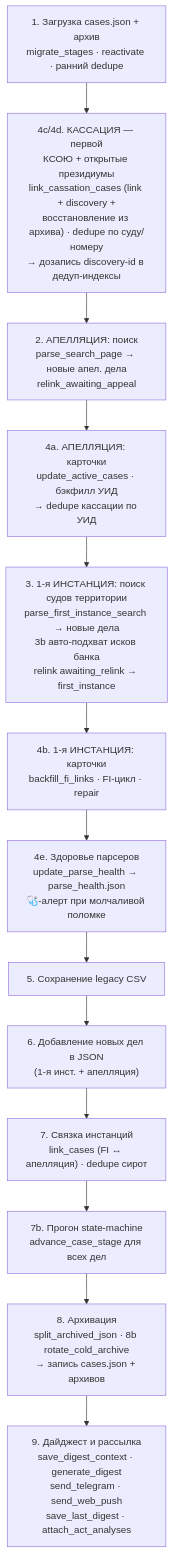
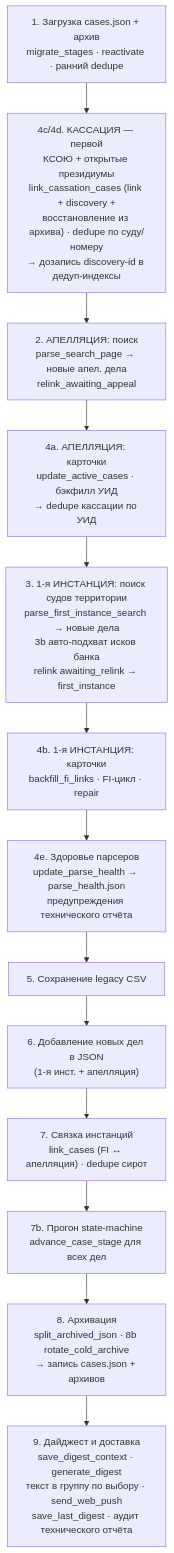
The diagram in docs/technical/05-конвейер-обновления.md (SelivanovAS/dashboard), drawn with Mermaid before and after one commit. The commit also changed other lines of this file and 33 other files, not shown here.

````diff
--- a/docs/technical/05-конвейер-обновления.md
+++ b/docs/technical/05-конвейер-обновления.md
@@ -135,16 +135,16 @@
 ```mermaid
 flowchart TD
     A["1. Загрузка cases.json + архив<br/>migrate_stages · reactivate · ранний dedupe"] --> E
     E["4c/4d. КАССАЦИЯ — первой<br/>КСОЮ + открытые президиумы<br/>link_cassation_cases (link + discovery +<br/>восстановление из архива) · dedupe по суду/номеру<br/>→ дозапись discovery-id в дедуп-индексы"] --> B
     B["2. АПЕЛЛЯЦИЯ: поиск<br/>parse_search_page → новые апел. дела<br/>relink_awaiting_appeal"] --> D
     D["4a. АПЕЛЛЯЦИЯ: карточки<br/>update_active_cases · бэкфилл УИД<br/>→ dedupe кассации по УИД"] --> C
     C["3. 1-я ИНСТАНЦИЯ: поиск судов территории<br/>parse_first_instance_search → новые дела<br/>3b авто-подхват исков банка<br/>relink awaiting_relink → first_instance"] --> D2
     D2["4b. 1-я ИНСТАНЦИЯ: карточки<br/>backfill_fi_links · FI-цикл · repair"] --> E2
-    E2["4e. Здоровье парсеров<br/>update_parse_health → parse_health.json<br/>🩺-алерт при молчаливой поломке"] --> F
+    E2["4e. Здоровье парсеров<br/>update_parse_health → parse_health.json<br/>предупреждения технического отчёта"] --> F
     F["5. Сохранение legacy CSV"] --> G
     G["6. Добавление новых дел в JSON<br/>(1-я инст. + апелляция)"] --> H
     H["7. Связка инстанций<br/>link_cases (FI ↔ апелляция) · dedupe сирот"] --> I
     I["7b. Прогон state-machine<br/>advance_case_stage для всех дел"] --> J
     J["8. Архивация<br/>split_archived_json · 8b rotate_cold_archive<br/>→ запись cases.json + архивов"] --> K
-    K["9. Дайджест и рассылка<br/>save_digest_context · generate_digest<br/>send_telegram · send_web_push<br/>save_last_digest · attach_act_analyses"]
+    K["9. Дайджест и доставка<br/>save_digest_context · generate_digest<br/>текст в группу по выбору · send_web_push<br/>save_last_digest · аудит технического отчёта"]
 ```
````
